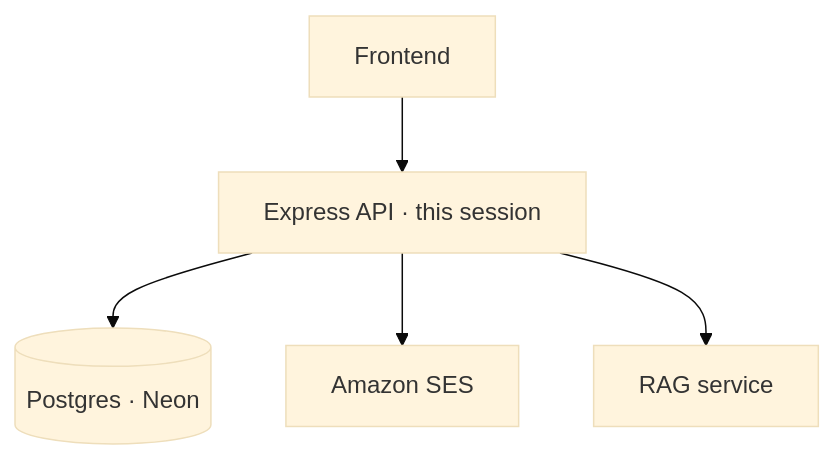
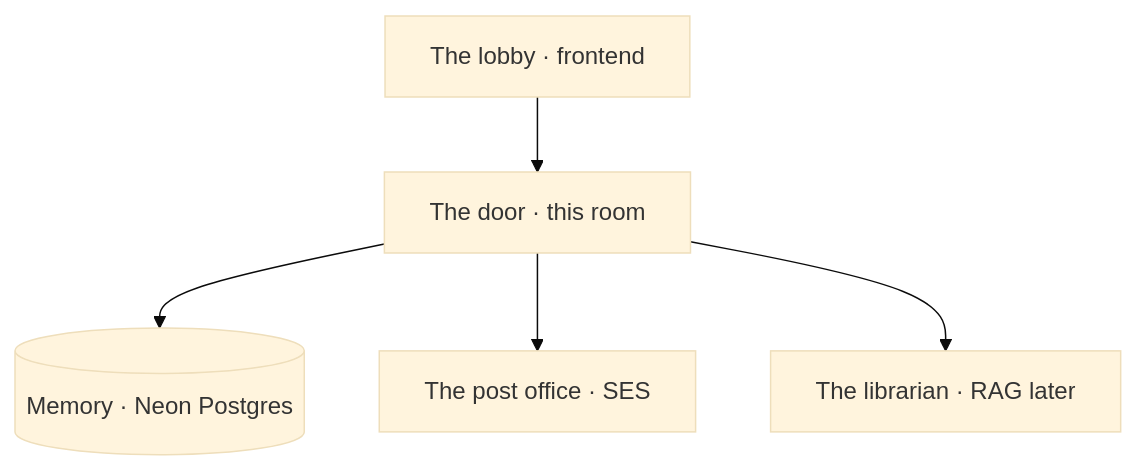
Before and after one commit to sreecharan-desu/hackx-slides: the diagram in content/tracks/backend-from-zero/lessons/01-what-you-own.md, drawn with Mermaid (base theme). The commit also changed other lines of this file and 35 other files, not shown here.

````diff
--- a/content/tracks/backend-from-zero/lessons/01-what-you-own.md
+++ b/content/tracks/backend-from-zero/lessons/01-what-you-own.md
@@ -10,13 +14,13 @@
 ```mermaid
 flowchart TB
-  FE[Frontend]
-  API[Express API · this session]
-  DB[(Postgres · Neon)]
-  SES[Amazon SES]
-  RAG[RAG service]
+  FE[The lobby · frontend]
+  API[The door · this room]
+  DB[(Memory · Neon Postgres)]
+  SES[The post office · SES]
+  RAG[The librarian · RAG later]
 
   FE --> API
   API --> DB
   API --> SES
   API --> RAG
 ```
````
